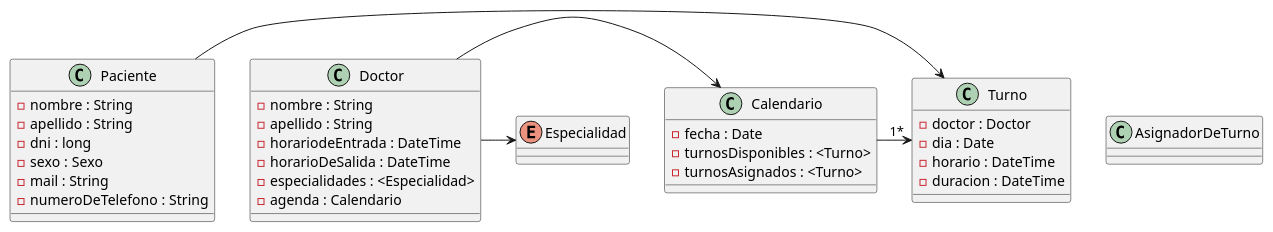
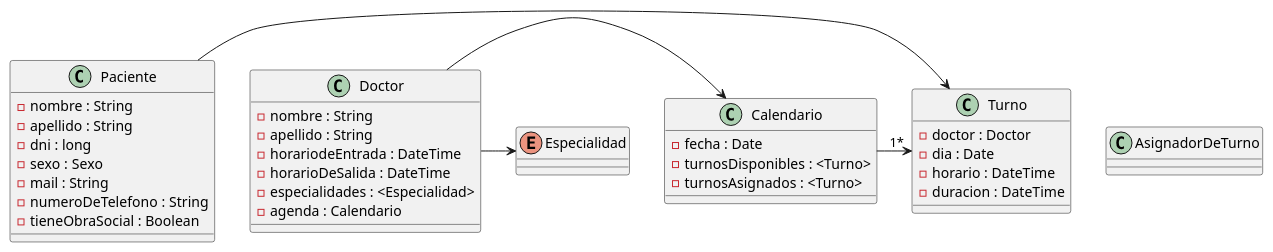
The diagram in Diagramas/clasesServicioDeTurnos.puml (Agusgallegos16/Clinical-Appointment-Platform), drawn with PlantUML before and after one commit. The commit also changed 12 other files, not shown here.

```diff
--- a/Diagramas/clasesServicioDeTurnos.puml
+++ b/Diagramas/clasesServicioDeTurnos.puml
@@ -1,51 +1,54 @@
 @startuml
 
 class Doctor{
     - nombre : String
     - apellido : String
     - horariodeEntrada : DateTime
     - horarioDeSalida : DateTime
     - especialidades : <Especialidad>
     - agenda : Calendario
 
 }
 
 enum Especialidad{
 
 }
 
 
 class Turno{
     - doctor : Doctor
     - dia : Date
     - horario : DateTime
     - duracion : DateTime
 }
 
 class Paciente{
     - nombre : String
     - apellido : String
     - dni : long
     - sexo : Sexo
     - mail : String
     - numeroDeTelefono : String
+    - tieneObraSocial : Boolean
 }
 
 class Calendario{
     - fecha : Date
     - turnosDisponibles : <Turno>
     - turnosAsignados : <Turno>
 }
 
 class AsignadorDeTurno{
 
 }
 
+
+
 Calendario -> "1*" Turno
 Doctor -> Calendario
 Doctor -> Especialidad
 Paciente -> Turno
 
 
 
 @enduml
```
